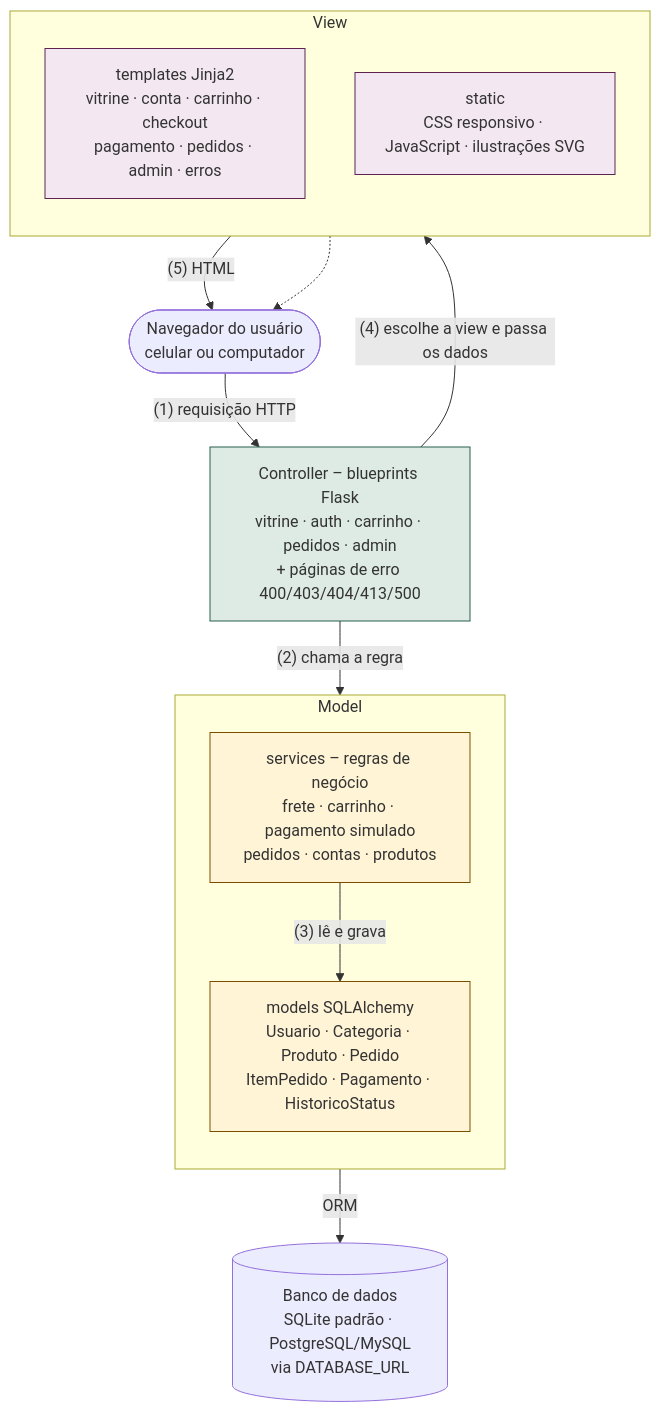
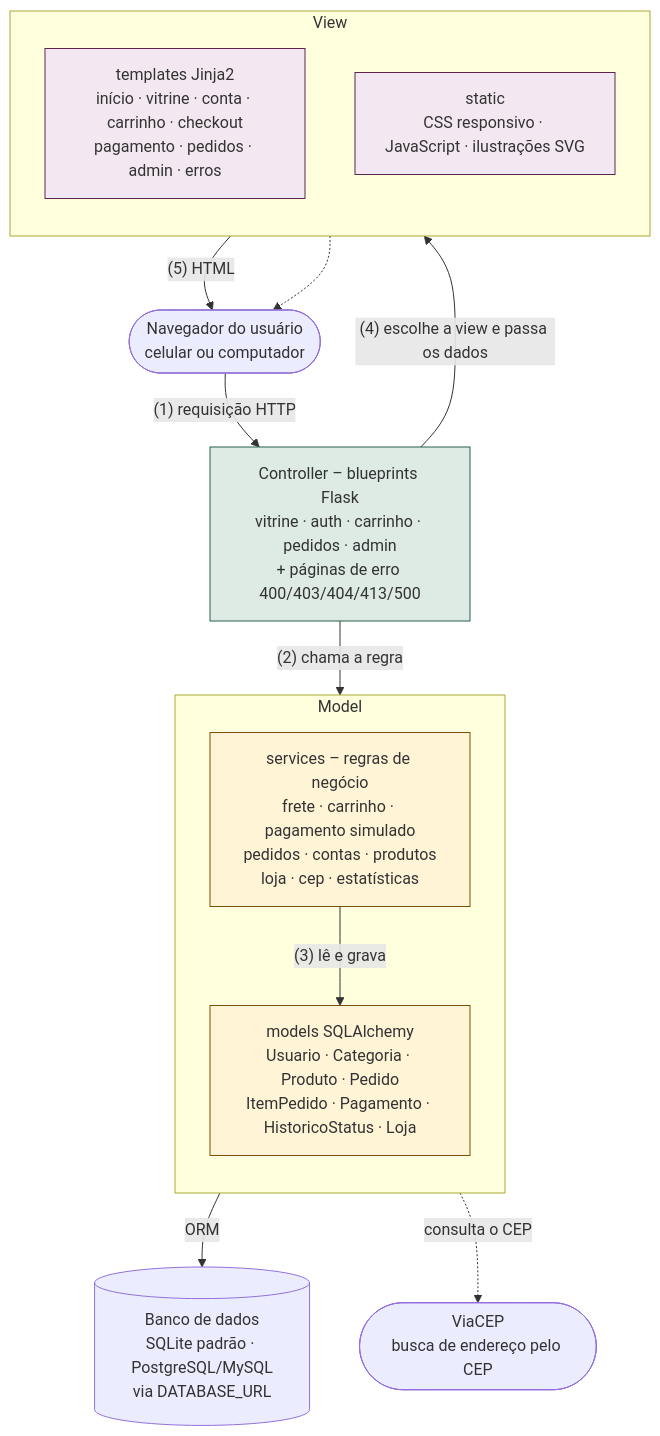
One commit to gabrielmenezes007/projeto-LaCakes changed the diagram in docs/desenvolvimento/diagramas/04-arquitetura-mvc.mmd. Above: the diagram before and after it, drawn with Mermaid. The commit also changed 37 other files, not shown here.

First line of the commit message:
Atualiza diagramas e capturas de tela com as telas novas

```diff
--- a/docs/desenvolvimento/diagramas/04-arquitetura-mvc.mmd
+++ b/docs/desenvolvimento/diagramas/04-arquitetura-mvc.mmd
@@ -1,27 +1,29 @@
 flowchart TB
   U([Navegador do usuário<br/>celular ou computador])
   C[Controller – blueprints Flask<br/>vitrine · auth · carrinho · pedidos · admin<br/>+ páginas de erro 400/403/404/413/500]
   subgraph M[Model]
     direction TB
-    SV[services – regras de negócio<br/>frete · carrinho · pagamento simulado<br/>pedidos · contas · produtos]
-    MD[models SQLAlchemy<br/>Usuario · Categoria · Produto · Pedido<br/>ItemPedido · Pagamento · HistoricoStatus]
+    SV[services – regras de negócio<br/>frete · carrinho · pagamento simulado<br/>pedidos · contas · produtos<br/>loja · cep · estatísticas]
+    MD[models SQLAlchemy<br/>Usuario · Categoria · Produto · Pedido<br/>ItemPedido · Pagamento · HistoricoStatus · Loja]
   end
   subgraph V[View]
     direction TB
-    T[templates Jinja2<br/>vitrine · conta · carrinho · checkout<br/>pagamento · pedidos · admin · erros]
+    T[templates Jinja2<br/>início · vitrine · conta · carrinho · checkout<br/>pagamento · pedidos · admin · erros]
     S[static<br/>CSS responsivo · JavaScript · ilustrações SVG]
   end
+  VC([ViaCEP<br/>busca de endereço pelo CEP])
   DB[(Banco de dados<br/>SQLite padrão · PostgreSQL/MySQL<br/>via DATABASE_URL)]
   U -- "(1) requisição HTTP" --> C
   C -- "(2) chama a regra" --> SV
   SV -- "(3) lê e grava" --> MD
   MD -- ORM --> DB
   C -- "(4) escolhe a view e passa os dados" --> T
   T -- "(5) HTML" --> U
   S -.-> U
+  SV -. "consulta o CEP" .-> VC
   classDef v fill:#F3E8F1,stroke:#5D2452
   classDef c fill:#DDEBE4,stroke:#29604C
   classDef m fill:#FFF4D6,stroke:#7A5000
   class T,S v
   class C c
   class SV,MD m
```
